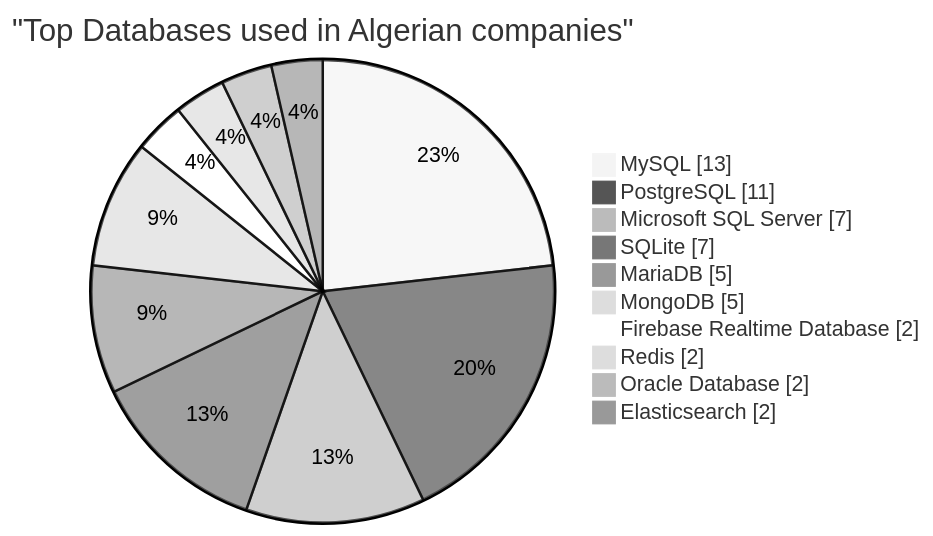
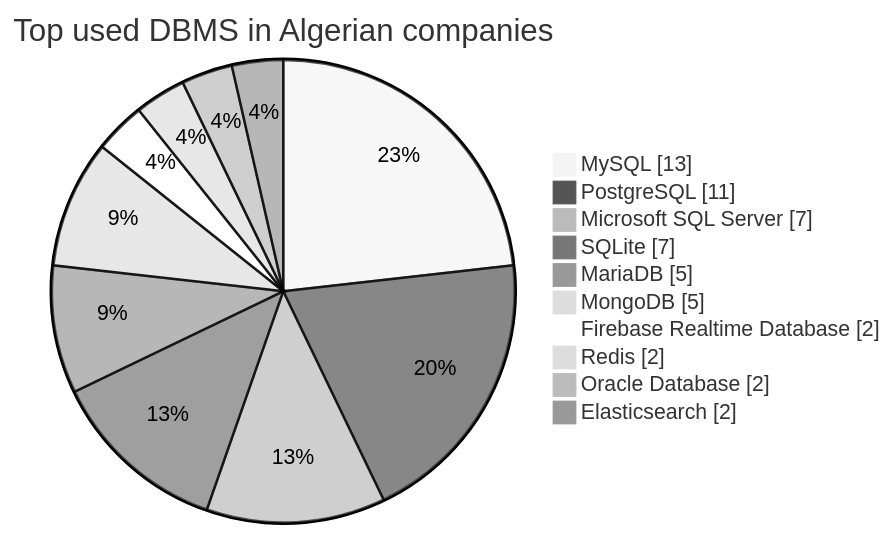
One commit to Fcmam5/state-of-dz-swe-2024 changed the tenth of 16 diagrams in website/docs/insights/technology-trends.md. Above: the diagram before and after it, drawn with Mermaid (neutral theme). The commit also changed other lines of this file and 5 other files, not shown here.

Commit message:
Fix charts; add new page

````diff
--- a/website/docs/insights/technology-trends.md
+++ b/website/docs/insights/technology-trends.md
@@ -165,14 +165,14 @@
 ```mermaid
 pie showData
-    title "Top Databases used in Algerian companies"
+    title Top used DBMS in Algerian companies
     "MySQL" : 13
     "PostgreSQL" : 11
     "Microsoft SQL Server" : 7
     "SQLite" : 7
     "MariaDB" : 5
     "MongoDB" : 5
     "Firebase Realtime Database" : 2
     "Redis" : 2
     "Oracle Database" : 2
     "Elasticsearch" : 2
 ```
````
